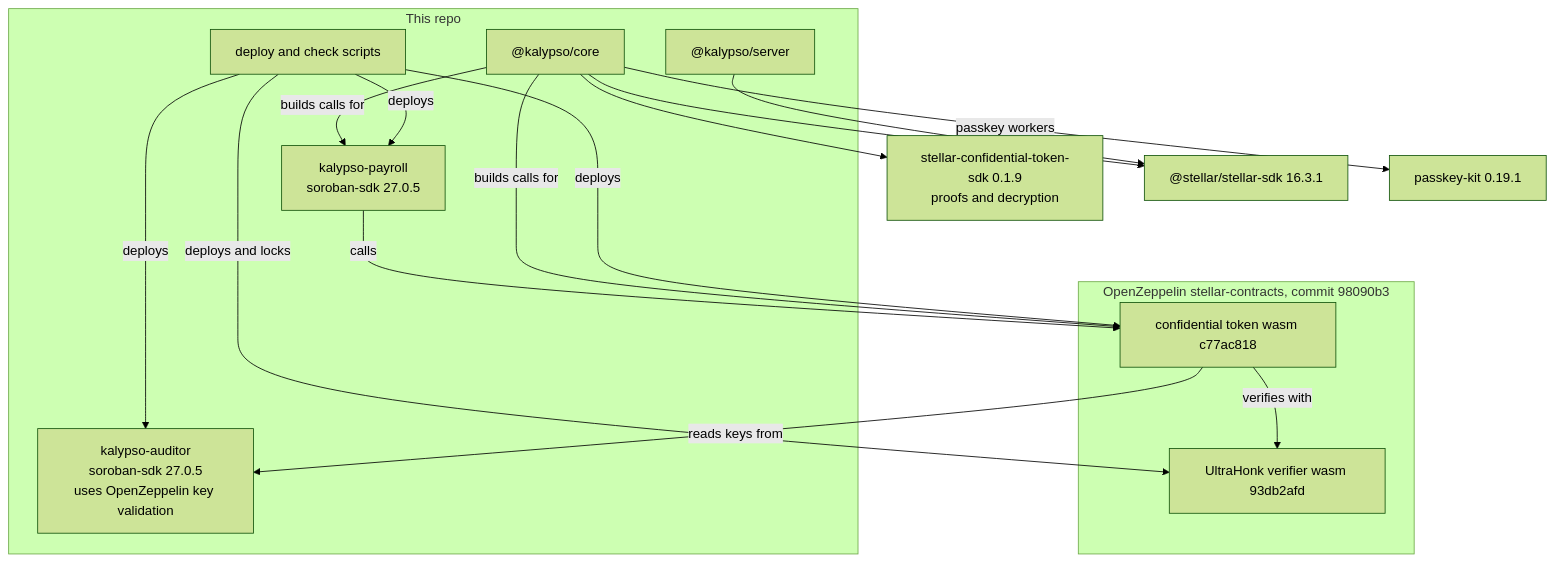
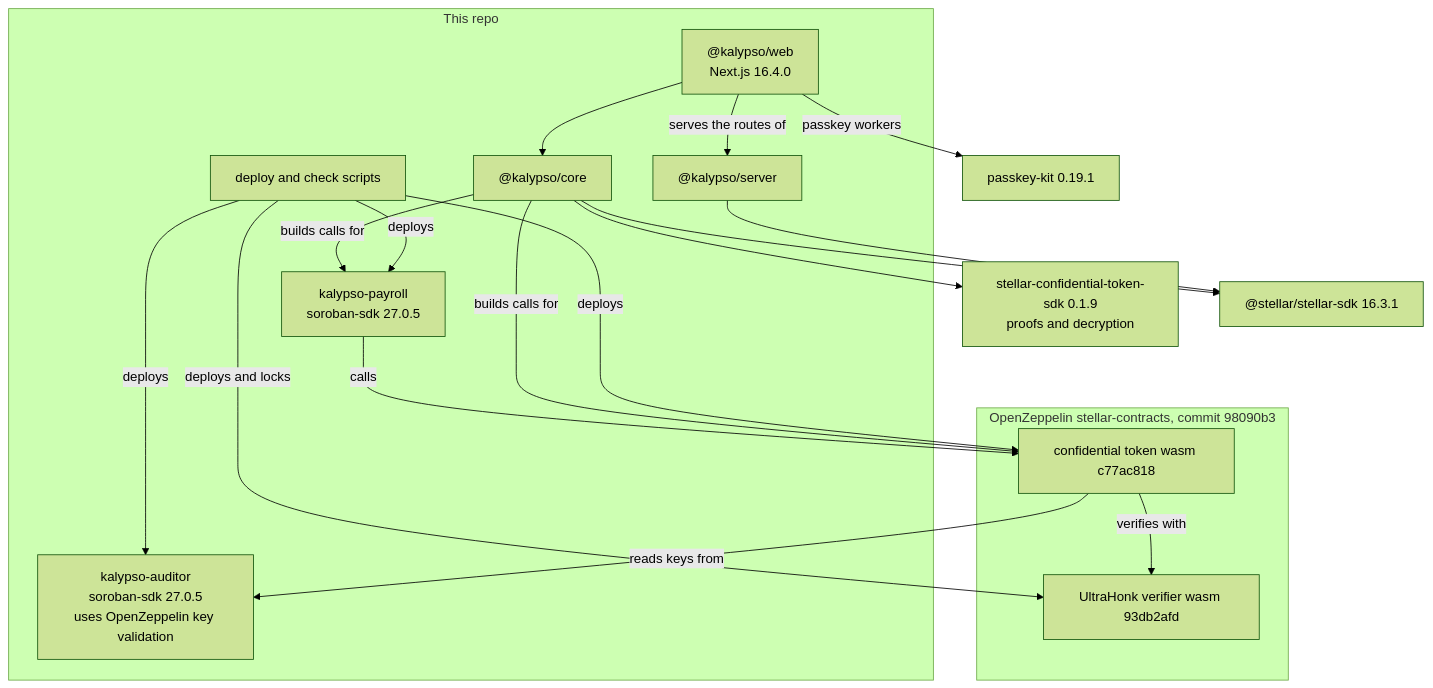
Before and after one commit to ramakrishnanhulk20/Kalypso: the third of 3 diagrams in ARCHITECTURE.md, drawn with Mermaid (forest theme). The commit also changed other lines of this file and 253 other files, not shown here.

````diff
--- a/ARCHITECTURE.md
+++ b/ARCHITECTURE.md
@@ -103,31 +109,34 @@
 ```mermaid
 flowchart TB
   subgraph Ours["This repo"]
     PAYC["kalypso-payroll<br/>soroban-sdk 27.0.5"]
     AUDC["kalypso-auditor<br/>soroban-sdk 27.0.5<br/>uses OpenZeppelin key validation"]
     CORE["@kalypso/core"]
     SRV["@kalypso/server"]
+    WEB["@kalypso/web<br/>Next.js 16.4.0"]
     SCR["deploy and check scripts"]
   end
   subgraph OZ["OpenZeppelin stellar-contracts, commit 98090b3"]
     TOKC["confidential token wasm c77ac818"]
     VERC["UltraHonk verifier wasm 93db2afd"]
   end
   SDK["stellar-confidential-token-sdk 0.1.9<br/>proofs and decryption"]
   STL["@stellar/stellar-sdk 16.3.1"]
   PKK["passkey-kit 0.19.1"]
 
   PAYC -- calls --> TOKC
   TOKC -- reads keys from --> AUDC
   TOKC -- verifies with --> VERC
   CORE --> SDK
   CORE --> STL
   CORE -- builds calls for --> PAYC
   CORE -- builds calls for --> TOKC
-  CORE -- passkey workers --> PKK
+  WEB --> CORE
+  WEB -- serves the routes of --> SRV
+  WEB -- passkey workers --> PKK
   SRV --> STL
   SCR -- deploys and locks --> VERC
   SCR -- deploys --> TOKC
   SCR -- deploys --> PAYC
   SCR -- deploys --> AUDC
 ```
````
